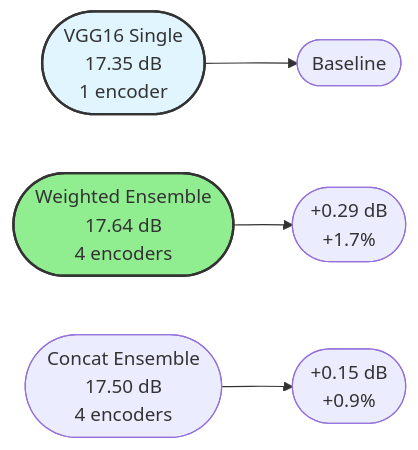
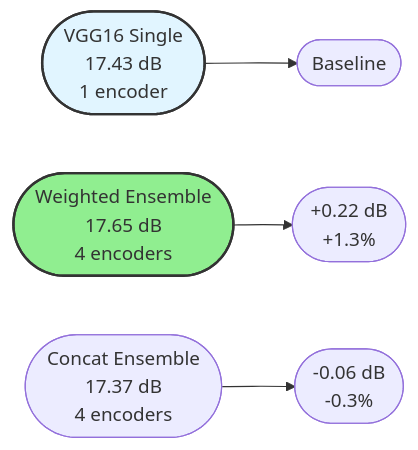
One commit to DanicaBlazanovic/CAP6415_F25_project_Input_Image_Reconstruction_from_Features changed the fifth of 14 diagrams in EXPERIMENTAL_RESULTS_DISCUSSION.md. Above: the diagram before and after it, drawn with Mermaid. The commit also changed other lines of this file, not shown here.

````diff
--- a/EXPERIMENTAL_RESULTS_DISCUSSION.md
+++ b/EXPERIMENTAL_RESULTS_DISCUSSION.md
@@ -301,9 +301,9 @@
 ```mermaid
 graph LR
-    A([VGG16 Single<br/>17.35 dB<br/>1 encoder]) --> D([Baseline])
-    B([Weighted Ensemble<br/>17.64 dB<br/>4 encoders]) --> E([+0.29 dB<br/>+1.7%])
-    C([Concat Ensemble<br/>17.50 dB<br/>4 encoders]) --> F([+0.15 dB<br/>+0.9%])
+    A([VGG16 Single<br/>17.43 dB<br/>1 encoder]) --> D([Baseline])
+    B([Weighted Ensemble<br/>17.65 dB<br/>4 encoders]) --> E([+0.22 dB<br/>+1.3%])
+    C([Concat Ensemble<br/>17.37 dB<br/>4 encoders]) --> F([-0.06 dB<br/>-0.3%])
     
     style A fill:#e1f5ff,stroke:#333,stroke-width:2px
     style B fill:#90EE90,stroke:#333,stroke-width:2px
 ```
````
